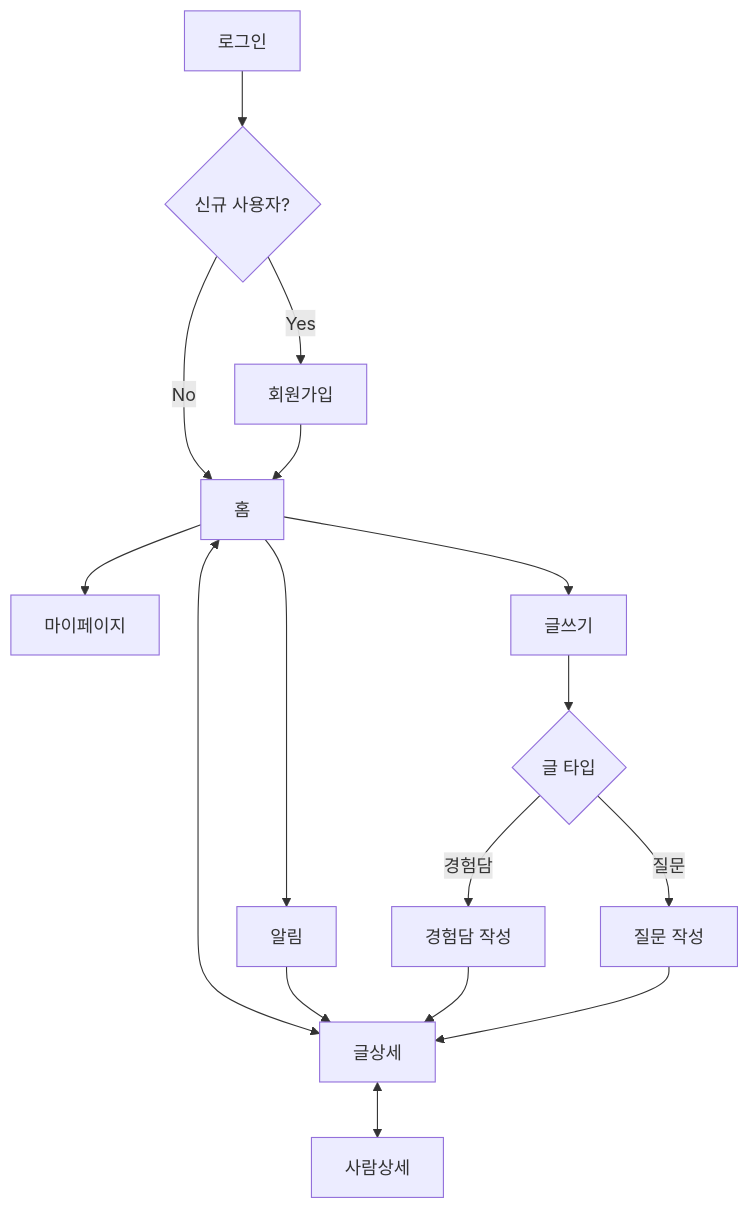
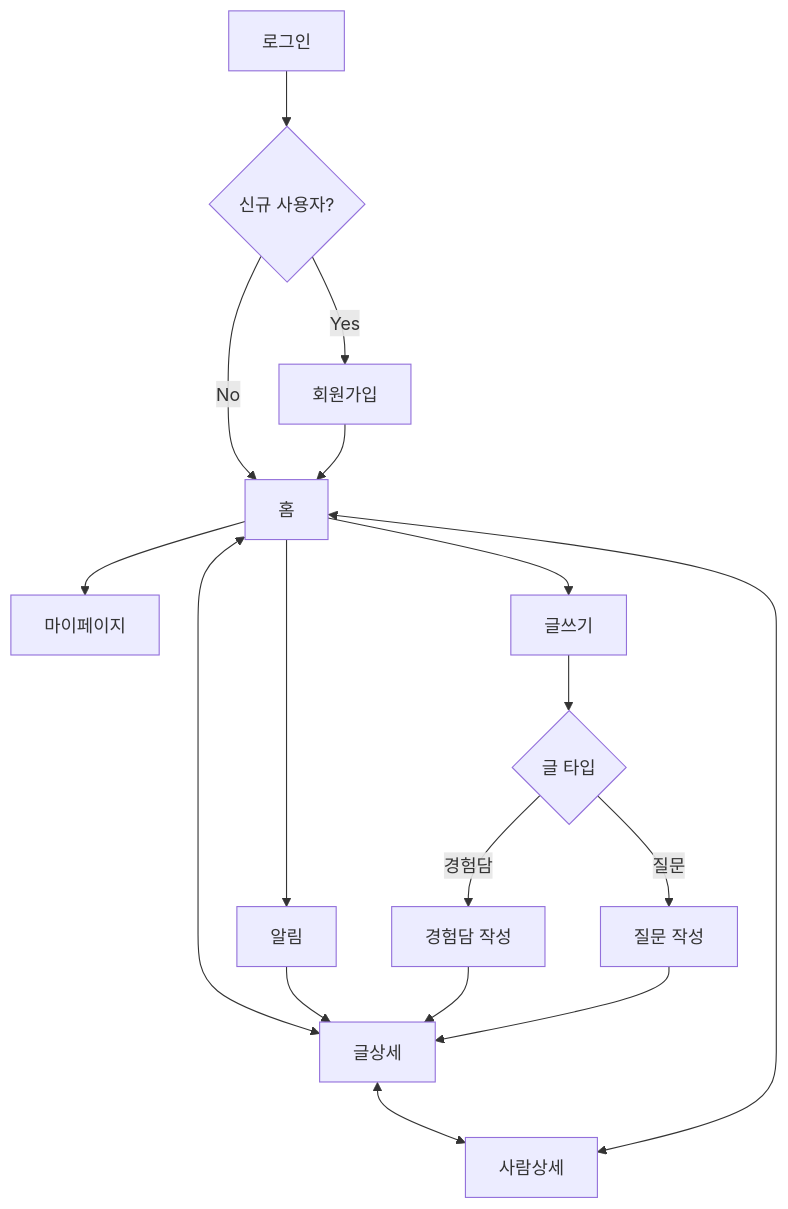
The first of 3 diagrams in specs/001-gomoonity-mvp/spec.md (8omunity/gomunity), drawn with Mermaid before and after one commit. The commit also changed other lines of this file and 19 other files, not shown here.

````diff
--- a/specs/001-gomoonity-mvp/spec.md
+++ b/specs/001-gomoonity-mvp/spec.md
@@ -312,18 +309,19 @@
 ```mermaid
 graph TD
     A[로그인] --> B{신규 사용자?}
     B -->|Yes| C[회원가입]
     B -->|No| D[홈]
     C --> D
     D <--> E[글상세]
     E <--> F[사람상세]
+    D <--> F
     D --> G[마이페이지]
     D --> H[알림]
     H --> E
     D --> I[글쓰기]
     I --> J{글 타입}
     J -->|경험담| K[경험담 작성]
     J -->|질문| L[질문 작성]
     K --> E
     L --> E
 ```
````
